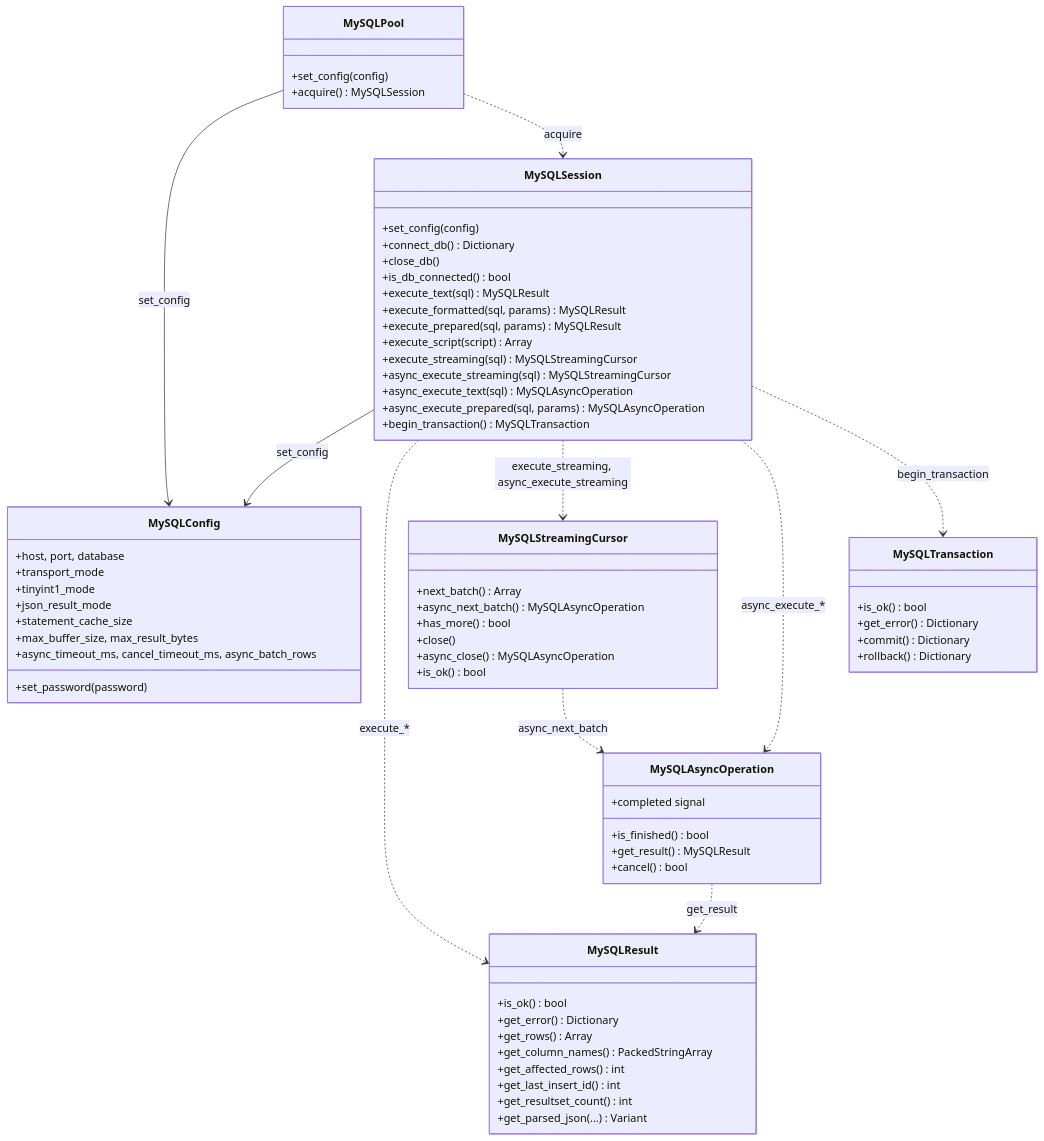
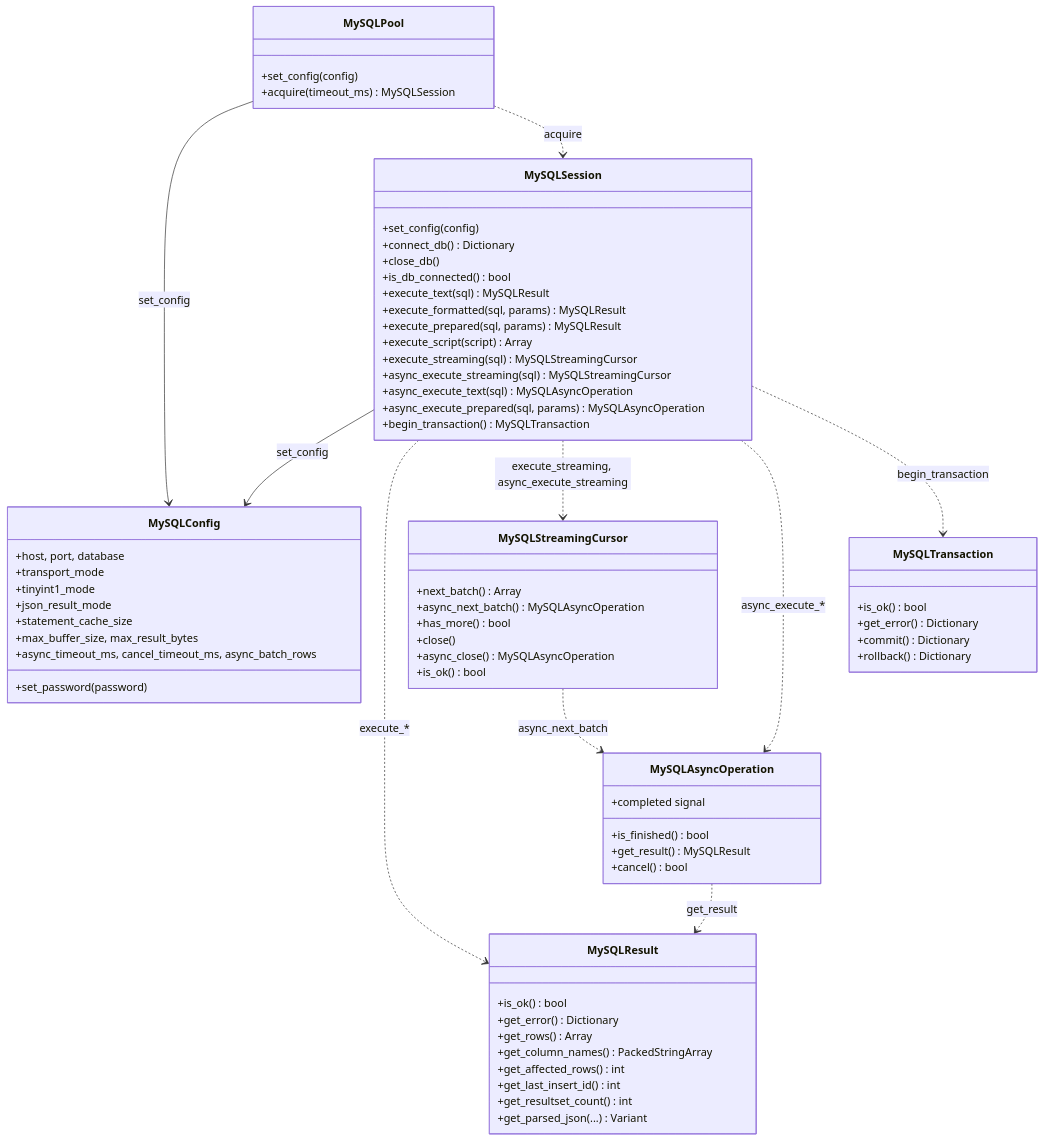
Before and after one commit to Malkverbena/mysql: the first of 2 diagrams in documentation/features.md, drawn with Mermaid. The commit also changed 5 other files, not shown here.

````diff
--- a/documentation/features.md
+++ b/documentation/features.md
@@ -10,72 +10,72 @@
 ```mermaid
 classDiagram
     class MySQLConfig {
       +host, port, database
       +transport_mode
       +tinyint1_mode
       +json_result_mode
       +statement_cache_size
       +max_buffer_size, max_result_bytes
       +async_timeout_ms, cancel_timeout_ms, async_batch_rows
       +set_password(password)
     }
     class MySQLSession {
       +set_config(config)
       +connect_db() Dictionary
       +close_db()
       +is_db_connected() bool
       +execute_text(sql) MySQLResult
       +execute_formatted(sql, params) MySQLResult
       +execute_prepared(sql, params) MySQLResult
       +execute_script(script) Array
       +execute_streaming(sql) MySQLStreamingCursor
       +async_execute_streaming(sql) MySQLStreamingCursor
       +async_execute_text(sql) MySQLAsyncOperation
       +async_execute_prepared(sql, params) MySQLAsyncOperation
       +begin_transaction() MySQLTransaction
     }
     class MySQLPool {
       +set_config(config)
-      +acquire() MySQLSession
+      +acquire(timeout_ms) MySQLSession
     }
     class MySQLResult {
       +is_ok() bool
       +get_error() Dictionary
       +get_rows() Array
       +get_column_names() PackedStringArray
       +get_affected_rows() int
       +get_last_insert_id() int
       +get_resultset_count() int
       +get_parsed_json(...) Variant
     }
     class MySQLStreamingCursor {
       +next_batch() Array
       +async_next_batch() MySQLAsyncOperation
       +has_more() bool
       +close()
       +async_close() MySQLAsyncOperation
       +is_ok() bool
     }
     class MySQLAsyncOperation {
       +is_finished() bool
       +get_result() MySQLResult
       +cancel() bool
       +completed signal
     }
     class MySQLTransaction {
       +is_ok() bool
       +get_error() Dictionary
       +commit() Dictionary
       +rollback() Dictionary
     }
 
     MySQLSession --> MySQLConfig : set_config
     MySQLPool --> MySQLConfig : set_config
     MySQLPool ..> MySQLSession : acquire
     MySQLSession ..> MySQLResult : execute_*
     MySQLSession ..> MySQLStreamingCursor : execute_streaming, async_execute_streaming
     MySQLStreamingCursor ..> MySQLAsyncOperation : async_next_batch
     MySQLSession ..> MySQLAsyncOperation : async_execute_*
     MySQLSession ..> MySQLTransaction : begin_transaction
     MySQLAsyncOperation ..> MySQLResult : get_result
 ```
````
